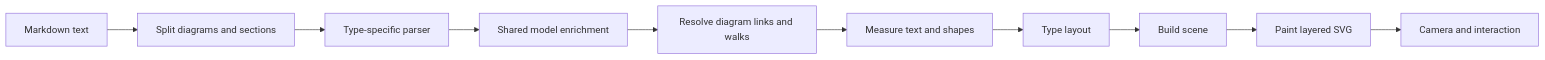
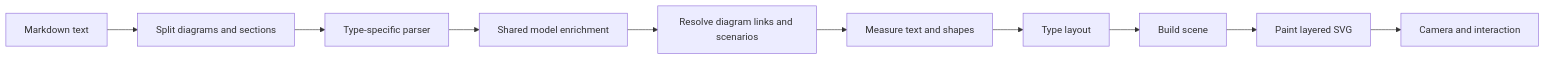
One commit to nvsravank/avagahana changed the sixth of 17 diagrams in examples/maps/avagahana-architecture.md. Above: the diagram before and after it, drawn with Mermaid. The commit also changed other lines of this file and 75 other files, not shown here.

````diff
--- a/examples/maps/avagahana-architecture.md
+++ b/examples/maps/avagahana-architecture.md
@@ -305,22 +305,22 @@
 ```mermaid
 flowchart LR
   text["Markdown text"]
   split["Split diagrams and sections"]
   parse["Type-specific parser"]
   model["Shared model enrichment"]
-  links["Resolve diagram links and walks"]
+  links["Resolve diagram links and scenarios"]
   measure["Measure text and shapes"]
   layout["Type layout"]
   scene["Build scene"]
   paint["Paint layered SVG"]
   stage["Camera and interaction"]
   text --> split
   split --> parse
   parse --> model
   model --> links
   links --> measure
   measure --> layout
   layout --> scene
   scene --> paint
   paint --> stage
 ```
````
